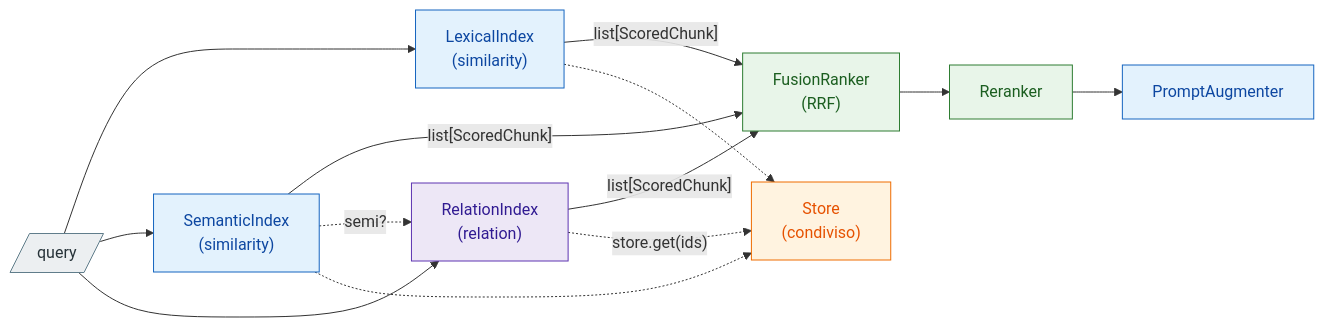
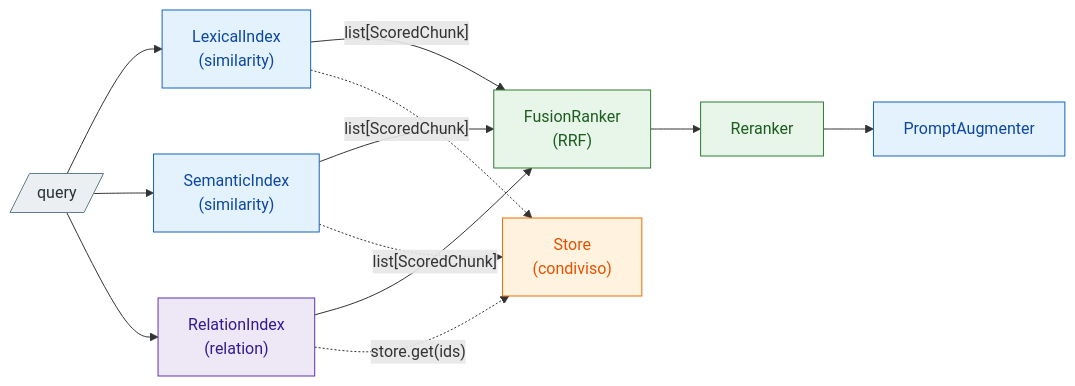
The diagram in docs/roadmap/graph.md (DavideFricano/auth-rag), drawn with Mermaid before and after one commit. The commit also changed other lines of this file and 3 other files, not shown here.

First line of the commit message:
docs(graph): from planned to built, and what is still owed

````diff
--- a/docs/roadmap/graph.md
+++ b/docs/roadmap/graph.md
@@ -50,20 +57,19 @@
 ```mermaid
 flowchart LR
     q[/"query"/]:::io --> BM["LexicalIndex<br>(similarity)"]:::step
     q --> VR["SemanticIndex<br>(similarity)"]:::step
     q --> GR["RelationIndex<br>(relation)"]:::new
     BM -- list[ScoredChunk] --> F["FusionRanker<br>(RRF)"]:::rank
     VR -- list[ScoredChunk] --> F
     GR -- list[ScoredChunk] --> F
     F --> RR["Reranker"]:::rank --> AUG["PromptAugmenter"]:::step
-    VR -.->|"semi?"| GR
     GR -.->|"store.get(ids)"| ST["Store<br>(condiviso)"]:::store
     VR -.-> ST
     BM -.-> ST
 
     classDef io fill:#eceff1,stroke:#607d8b,color:#263238
     classDef step fill:#e3f2fd,stroke:#1565c0,color:#0d47a1
     classDef new fill:#ede7f6,stroke:#5e35b1,color:#311b92
     classDef rank fill:#e8f5e9,stroke:#2e7d32,color:#1b5e20
     classDef store fill:#fff3e0,stroke:#ef6c00,color:#e65100
 ```
````
